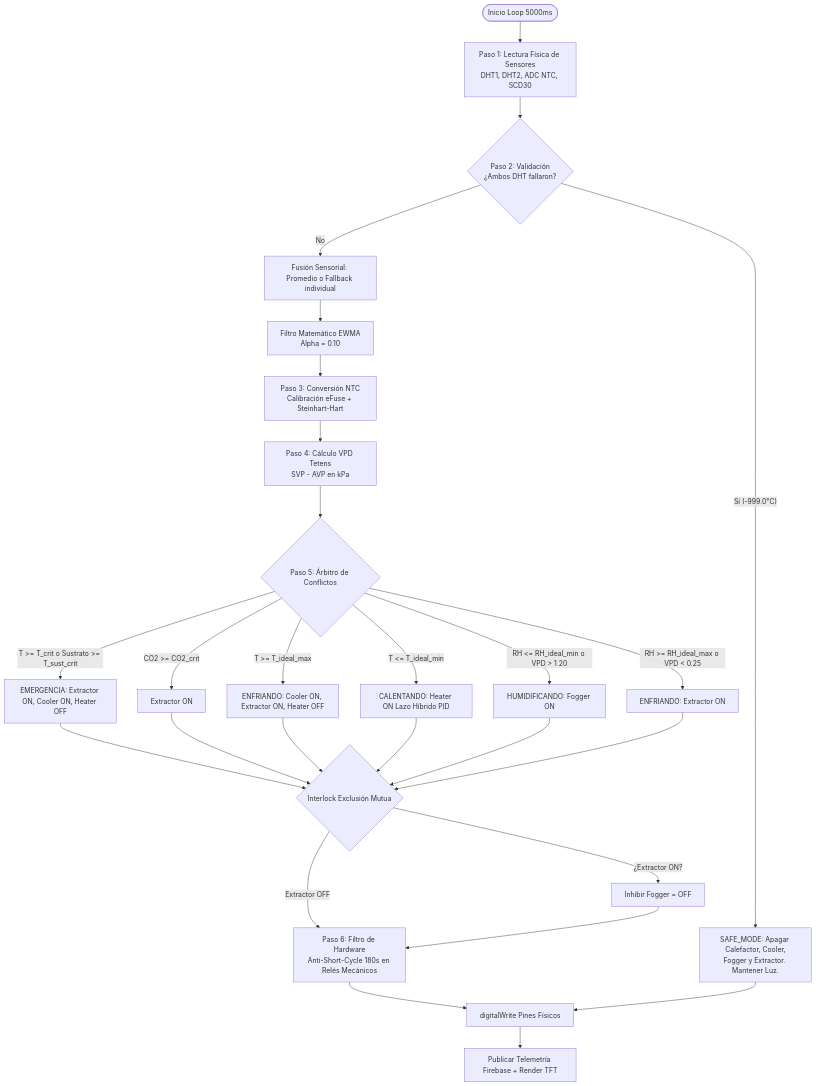
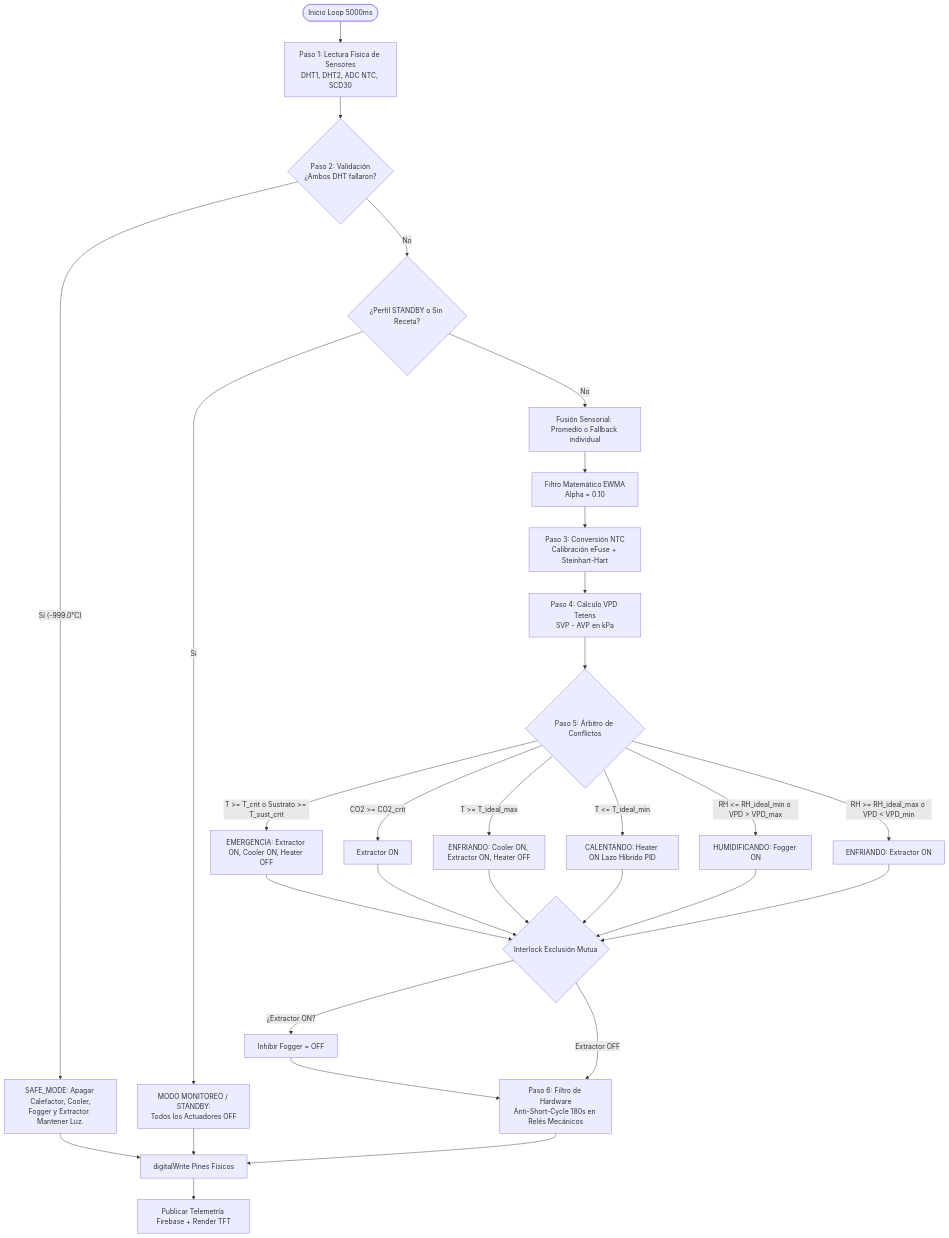
One commit to luckybjj-dev/iot-industrial changed the diagram in docs/ALGORITMO_CONTROL_MICROCLIMA.md. Above: the diagram before and after it, drawn with Mermaid. The commit also changed other lines of this file and 4 other files, not shown here.

````diff
--- a/docs/ALGORITMO_CONTROL_MICROCLIMA.md
+++ b/docs/ALGORITMO_CONTROL_MICROCLIMA.md
@@ -50,33 +50,36 @@
 ```mermaid
 flowchart TD
     Start([Inicio Loop 5000ms]) --> Step1[Paso 1: Lectura Física de Sensores\nDHT1, DHT2, ADC NTC, SCD30]
     Step1 --> Step2{Paso 2: Validación\n¿Ambos DHT fallaron?}
     Step2 -- Sí (-999.0°C) --> SafeMode[SAFE_MODE: Apagar Calefactor, Cooler,\nFogger y Extractor. Mantener Luz.]
-    Step2 -- No --> Fusion[Fusión Sensorial: Promedio o Fallback individual]
+    Step2 -- No --> StandbyCheck{¿Perfil STANDBY o Sin Receta?}
+    StandbyCheck -- Sí --> StandbyMode[MODO MONITOREO / STANDBY:\nTodos los Actuadores OFF]
+    StandbyCheck -- No --> Fusion[Fusión Sensorial: Promedio o Fallback individual]
     Fusion --> EWMA[Filtro Matemático EWMA\nAlpha = 0.10]
     EWMA --> Step3[Paso 3: Conversión NTC\nCalibración eFuse + Steinhart-Hart]
     Step3 --> Step4[Paso 4: Cálculo VPD Tetens\nSVP - AVP en kPa]
     Step4 --> Arbiter{Paso 5: Árbitro de Conflictos}
     
     Arbiter -- T >= T_crit o Sustrato >= T_sust_crit --> Emer[EMERGENCIA: Extractor ON, Cooler ON, Heater OFF]
     Arbiter -- CO2 >= CO2_crit --> ExtCO2[Extractor ON]
     Arbiter -- T >= T_ideal_max --> Cool[ENFRIANDO: Cooler ON, Extractor ON, Heater OFF]
     Arbiter -- T <= T_ideal_min --> Heat[CALENTANDO: Heater ON Lazo Híbrido PID]
-    Arbiter -- RH <= RH_ideal_min o VPD > 1.20 --> Fog[HUMIDIFICANDO: Fogger ON]
-    Arbiter -- RH >= RH_ideal_max o VPD < 0.25 --> ExtHum[ENFRIANDO: Extractor ON]
+    Arbiter -- RH <= RH_ideal_min o VPD > VPD_max --> Fog[HUMIDIFICANDO: Fogger ON]
+    Arbiter -- RH >= RH_ideal_max o VPD < VPD_min --> ExtHum[ENFRIANDO: Extractor ON]
     
     Emer --> Interlock{Interlock Exclusión Mutua}
     ExtCO2 --> Interlock
     Cool --> Interlock
     Heat --> Interlock
     Fog --> Interlock
     ExtHum --> Interlock
     
     Interlock -- ¿Extractor ON? --> InhibitFog[Inhibir Fogger = OFF]
     Interlock -- Extractor OFF --> Exec
     InhibitFog --> Exec
     
     Exec[Paso 6: Filtro de Hardware\nAnti-Short-Cycle 180s en Relés Mecánicos] --> Output[digitalWrite Pines Físicos]
     Output --> Telemetry[Publicar Telemetría Firebase + Render TFT]
     SafeMode --> Output
+    StandbyMode --> Output
 ```
````
